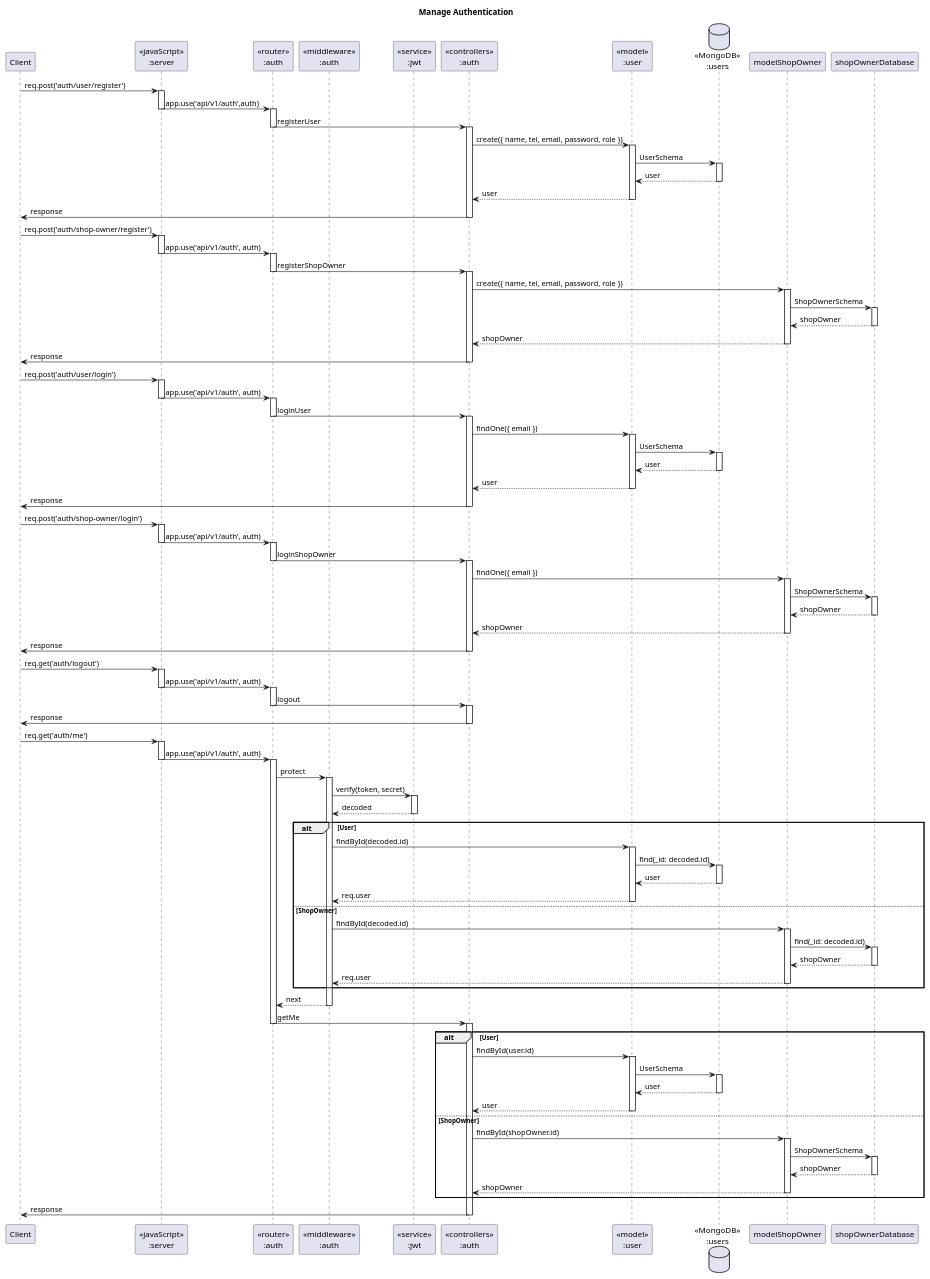
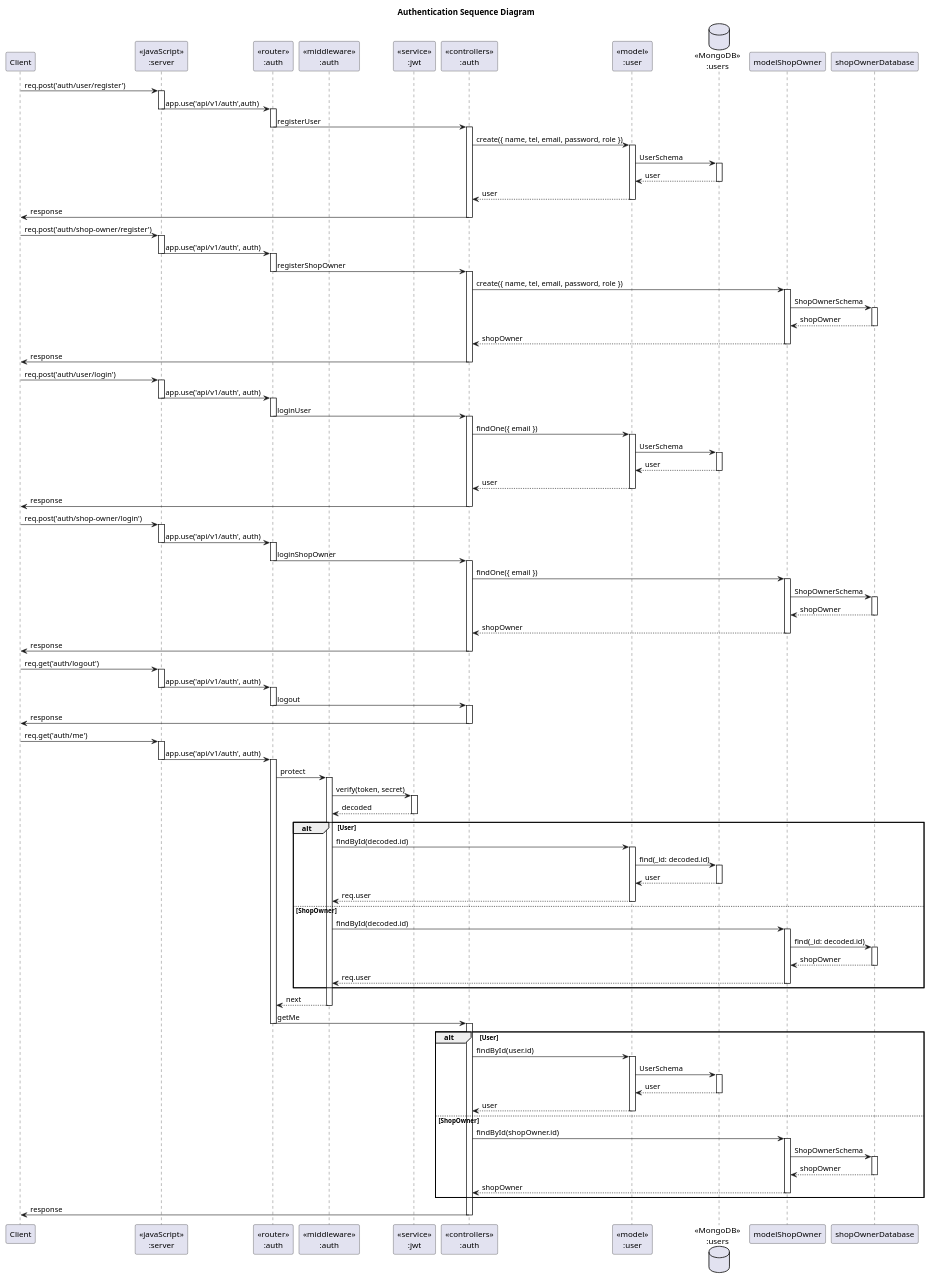
One commit to JomnoiZ/SWDevPracProject changed the diagram in puml/AuthSequence.puml. Above: the diagram before and after it, drawn with PlantUML. The commit also changed 4 other files, not shown here.

Commit message:
fix: update diagrams

```diff
--- a/puml/AuthSequence.puml
+++ b/puml/AuthSequence.puml
@@ -1,93 +1,93 @@
-@startuml Manage Authentication
+@startuml Authentication Sequence Diagram
 
-title "Manage Authentication"
+title "Authentication Sequence Diagram"
 
 participant "Client" as client
 participant "<<javaScript>>\n:server" as server
 participant "<<router>>\n:auth" as auth
 participant "<<middleware>>\n:auth" as middleware
 participant "<<service>>\n:jwt" as jwt
 participant "<<controllers>>\n:auth" as controllerAuth
 participant "<<model>>\n:user" as modelUser
 participant "<<model>>\n:shopOwner" as modelUser
 database "<<MongoDB>>\n:users" as userDatabase
 database "<<MongoDB>>\n:shopowners" as userDatabase
 
 client -> server ++ :req.post('auth/user/register')
 server -> auth --++ :app.use('api/v1/auth',auth)
 auth -> controllerAuth --++ :registerUser
 controllerAuth -> modelUser ++ :create({ name, tel, email, password, role })
 modelUser -> userDatabase ++ :UserSchema
 userDatabase --> modelUser -- :user
 controllerAuth <-- modelUser -- :user
 controllerAuth -> client -- :response
 
 client -> server ++ :req.post('auth/shop-owner/register')
 server -> auth --++ :app.use('api/v1/auth', auth)
 auth -> controllerAuth --++ :registerShopOwner
 controllerAuth -> modelShopOwner ++ :create({ name, tel, email, password, role })
 modelShopOwner -> shopOwnerDatabase ++ :ShopOwnerSchema
 shopOwnerDatabase --> modelShopOwner -- :shopOwner
 controllerAuth <-- modelShopOwner -- :shopOwner
 controllerAuth -> client -- :response
 
 client -> server ++ :req.post('auth/user/login')
 server -> auth --++ :app.use('api/v1/auth', auth)
 auth -> controllerAuth --++ :loginUser
 controllerAuth -> modelUser ++ :findOne({ email })
 modelUser -> userDatabase ++: UserSchema
 userDatabase --> modelUser -- :user
 controllerAuth <-- modelUser -- :user
 controllerAuth -> client -- :response
 
 client -> server ++ :req.post('auth/shop-owner/login')
 server -> auth --++ :app.use('api/v1/auth', auth)
 auth -> controllerAuth --++ :loginShopOwner
 controllerAuth -> modelShopOwner ++ :findOne({ email })
 modelShopOwner -> shopOwnerDatabase ++: ShopOwnerSchema
 shopOwnerDatabase --> modelShopOwner -- :shopOwner
 controllerAuth <-- modelShopOwner -- :shopOwner
 controllerAuth -> client -- :response
 
 client -> server ++ :req.get('auth/logout')
 server -> auth --++ :app.use('api/v1/auth', auth)
 auth -> controllerAuth --++ :logout
 controllerAuth -> client -- :response
 
 client -> server ++ :req.get('auth/me')
 server -> auth --++ :app.use('api/v1/auth', auth)
 auth -> middleware ++ :protect
 middleware -> jwt ++ :verify(token, secret)
 jwt --> middleware -- :decoded
 
 alt User
   middleware -> modelUser ++ :findById(decoded.id)
   modelUser -> userDatabase ++ :find(_id: decoded.id)
   userDatabase --> modelUser -- :user
   modelUser --> middleware -- :req.user
 
 else ShopOwner
   middleware -> modelShopOwner ++ :findById(decoded.id)
   modelShopOwner -> shopOwnerDatabase ++ :find(_id: decoded.id)
   shopOwnerDatabase --> modelShopOwner -- :shopOwner
   modelShopOwner --> middleware -- :req.user
 end
 
 middleware --> auth -- :next
 auth -> controllerAuth --++ :getMe
 
 alt User
   controllerAuth -> modelUser ++ :findById(user.id)
   modelUser -> userDatabase ++ :UserSchema
   userDatabase --> modelUser -- :user
   controllerAuth <-- modelUser -- :user
 else ShopOwner
   controllerAuth -> modelShopOwner ++ :findById(shopOwner.id)
   modelShopOwner -> shopOwnerDatabase ++ :ShopOwnerSchema
   shopOwnerDatabase --> modelShopOwner -- :shopOwner
   controllerAuth <-- modelShopOwner -- :shopOwner
 end
 
 controllerAuth -> client -- :response
 
 @enduml
```
